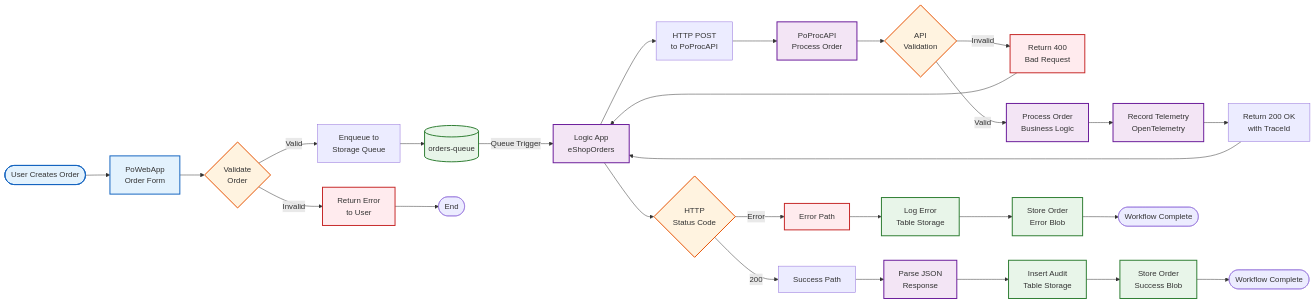
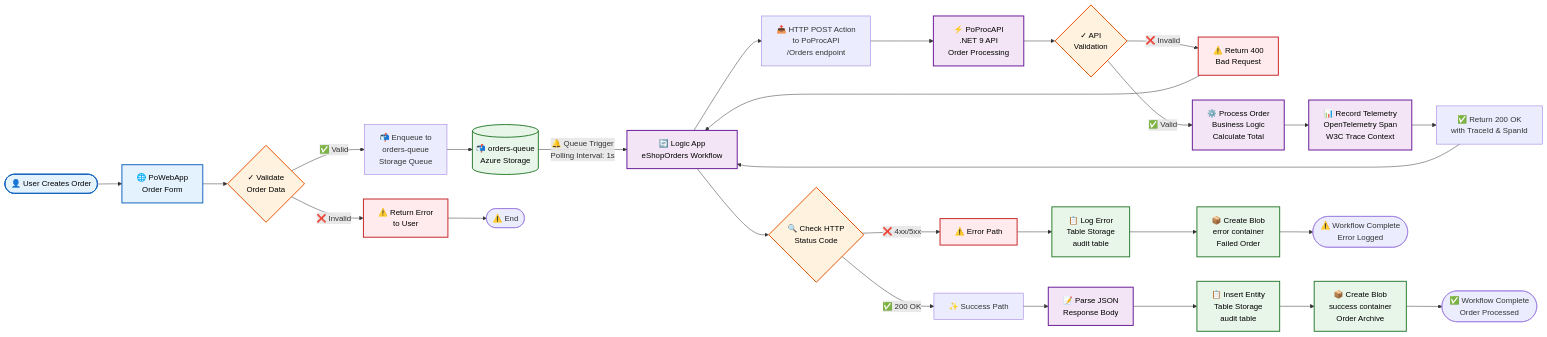
The third of 4 diagrams in README.md (Evilazaro/Azure-LogicApps-Monitoring), drawn with Mermaid before and after one commit. The commit also changed other lines of this file, not shown here.

````diff
--- a/README.md
+++ b/README.md
@@ -249,54 +256,54 @@
 ```mermaid
 flowchart LR
-    START([User Creates Order])
+    START([👤 User Creates Order])
     
-    START --> WEBAPP[PoWebApp<br/>Order Form]
-    WEBAPP --> VALIDATE{Validate<br/>Order}
+    START --> WEBAPP[🌐 PoWebApp<br/>Order Form]
+    WEBAPP --> VALIDATE{✓ Validate<br/>Order Data}
     
-    VALIDATE -->|Invalid| ERROR1[Return Error<br/>to User]
-    VALIDATE -->|Valid| ENQUEUE[Enqueue to<br/>Storage Queue]
+    VALIDATE -->|❌ Invalid| ERROR1[⚠️ Return Error<br/>to User]
+    VALIDATE -->|✅ Valid| ENQUEUE[📬 Enqueue to<br/>orders-queue<br/>Storage Queue]
     
-    ENQUEUE --> QUEUE[(orders-queue)]
-    QUEUE -->|Queue Trigger| WORKFLOW[Logic App<br/>eShopOrders]
+    ENQUEUE --> QUEUE[("📬 orders-queue<br/>Azure Storage")]
+    QUEUE -->|🔔 Queue Trigger<br/>Polling Interval: 1s| WORKFLOW[🔄 Logic App<br/>eShopOrders Workflow]
     
-    WORKFLOW --> CALLAPI[HTTP POST<br/>to PoProcAPI]
-    CALLAPI --> API[PoProcAPI<br/>Process Order]
+    WORKFLOW --> CALLAPI[📤 HTTP POST Action<br/>to PoProcAPI<br/>/Orders endpoint]
+    CALLAPI --> API[⚡ PoProcAPI<br/>.NET 9 API<br/>Order Processing]
     
-    API --> APIVALIDATE{API<br/>Validation}
-    APIVALIDATE -->|Invalid| RETURN400[Return 400<br/>Bad Request]
-    APIVALIDATE -->|Valid| PROCESS[Process Order<br/>Business Logic]
+    API --> APIVALIDATE{✓ API<br/>Validation}
+    APIVALIDATE -->|❌ Invalid| RETURN400[⚠️ Return 400<br/>Bad Request]
+    APIVALIDATE -->|✅ Valid| PROCESS[⚙️ Process Order<br/>Business Logic<br/>Calculate Total]
     
-    PROCESS --> TRACE[Record Telemetry<br/>OpenTelemetry]
-    TRACE --> RETURN200[Return 200 OK<br/>with TraceId]
+    PROCESS --> TRACE[📊 Record Telemetry<br/>OpenTelemetry Span<br/>W3C Trace Context]
+    TRACE --> RETURN200[✅ Return 200 OK<br/>with TraceId & SpanId]
     
     RETURN200 --> WORKFLOW
     RETURN400 --> WORKFLOW
     
-    WORKFLOW --> CHECK{HTTP<br/>Status Code}
+    WORKFLOW --> CHECK{🔍 Check HTTP<br/>Status Code}
     
-    CHECK -->|200| SUCCESS_PATH[Success Path]
-    CHECK -->|Error| ERROR_PATH[Error Path]
+    CHECK -->|✅ 200 OK| SUCCESS_PATH[✨ Success Path]
+    CHECK -->|❌ 4xx/5xx| ERROR_PATH[⚠️ Error Path]
     
-    SUCCESS_PATH --> PARSE[Parse JSON<br/>Response]
-    PARSE --> AUDIT1[Insert Audit<br/>Table Storage]
-    AUDIT1 --> BLOB_SUCCESS[Store Order<br/>Success Blob]
-    BLOB_SUCCESS --> END1([Workflow Complete])
+    SUCCESS_PATH --> PARSE[📝 Parse JSON<br/>Response Body]
+    PARSE --> AUDIT1[📋 Insert Entity<br/>Table Storage<br/>audit table]
+    AUDIT1 --> BLOB_SUCCESS[📦 Create Blob<br/>success container<br/>Order Archive]
+    BLOB_SUCCESS --> END1([✅ Workflow Complete<br/>Order Processed])
     
-    ERROR_PATH --> AUDIT2[Log Error<br/>Table Storage]
-    AUDIT2 --> BLOB_ERROR[Store Order<br/>Error Blob]
-    BLOB_ERROR --> END2([Workflow Complete])
+    ERROR_PATH --> AUDIT2[📋 Log Error<br/>Table Storage<br/>audit table]
+    AUDIT2 --> BLOB_ERROR[📦 Create Blob<br/>error container<br/>Failed Order]
+    BLOB_ERROR --> END2([⚠️ Workflow Complete<br/>Error Logged])
     
-    ERROR1 --> END3([End])
+    ERROR1 --> END3([⚠️ End])
 
-    classDef userAction fill:#e3f2fd,stroke:#1565c0,stroke-width:2px
-    classDef processing fill:#f3e5f5,stroke:#6a1b9a,stroke-width:2px
-    classDef decision fill:#fff3e0,stroke:#e65100,stroke-width:2px
-    classDef storage fill:#e8f5e9,stroke:#2e7d32,stroke-width:2px
-    classDef error fill:#ffebee,stroke:#c62828,stroke-width:2px
+    classDef userAction fill:#e3f2fd,stroke:#1565c0,stroke-width:2px,color:#000
+    classDef processing fill:#f3e5f5,stroke:#6a1b9a,stroke-width:2px,color:#000
+    classDef decision fill:#fff3e0,stroke:#e65100,stroke-width:2px,color:#000
+    classDef storage fill:#e8f5e9,stroke:#2e7d32,stroke-width:2px,color:#000
+    classDef error fill:#ffebee,stroke:#c62828,stroke-width:2px,color:#000
 
     class START,WEBAPP userAction
     class WORKFLOW,API,PROCESS,TRACE,PARSE processing
     class VALIDATE,APIVALIDATE,CHECK decision
     class QUEUE,AUDIT1,AUDIT2,BLOB_SUCCESS,BLOB_ERROR storage
     class ERROR1,RETURN400,ERROR_PATH error
 ```
````
